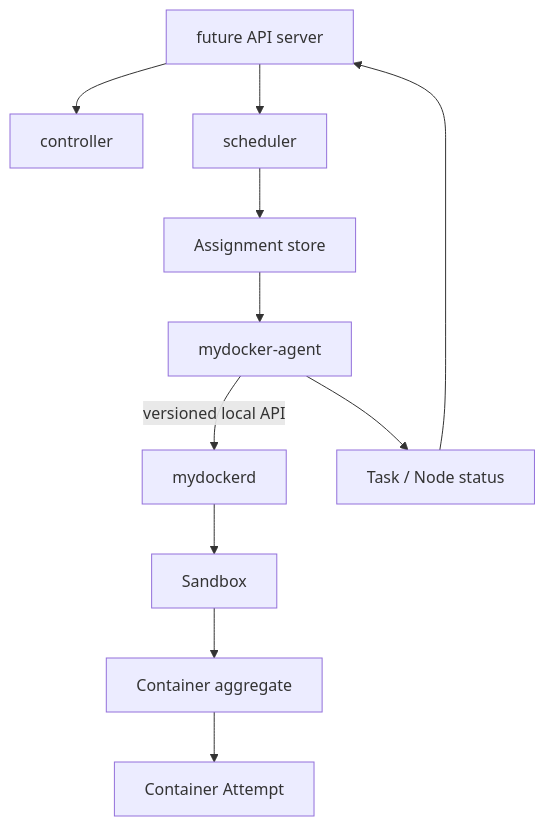
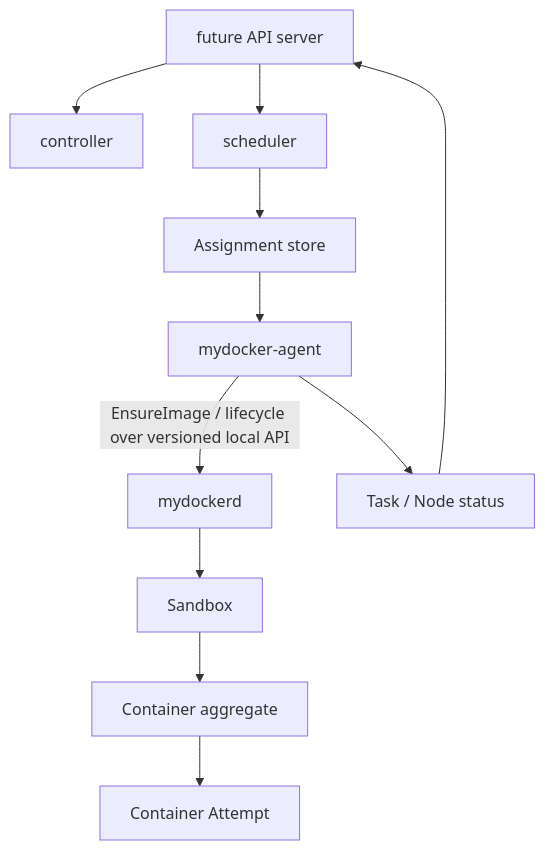
One commit to cont1nu1ty/mydocker changed the diagram in docs/features/cluster-compatibility.md. Above: the diagram before and after it, drawn with Mermaid. The commit also changed other lines of this file and 211 other files, not shown here.

Commit message:
feat: initialize core project structure, runtime engine components, and internal service architecture

````diff
--- a/docs/features/cluster-compatibility.md
+++ b/docs/features/cluster-compatibility.md
@@ -79,13 +85,13 @@
 ```mermaid
 flowchart TD
     API[future API server] --> Controller[controller]
     API --> Scheduler[scheduler]
     Scheduler --> Assignment[Assignment store]
     Assignment --> Agent[mydocker-agent]
-    Agent -->|versioned local API| Daemon[mydockerd]
+    Agent -->|EnsureImage / lifecycle over versioned local API| Daemon[mydockerd]
     Daemon --> Sandbox[Sandbox]
     Sandbox --> Container[Container aggregate]
     Container --> Attempt[Container Attempt]
     Agent --> Status[Task / Node status]
     Status --> API
 ```
````
